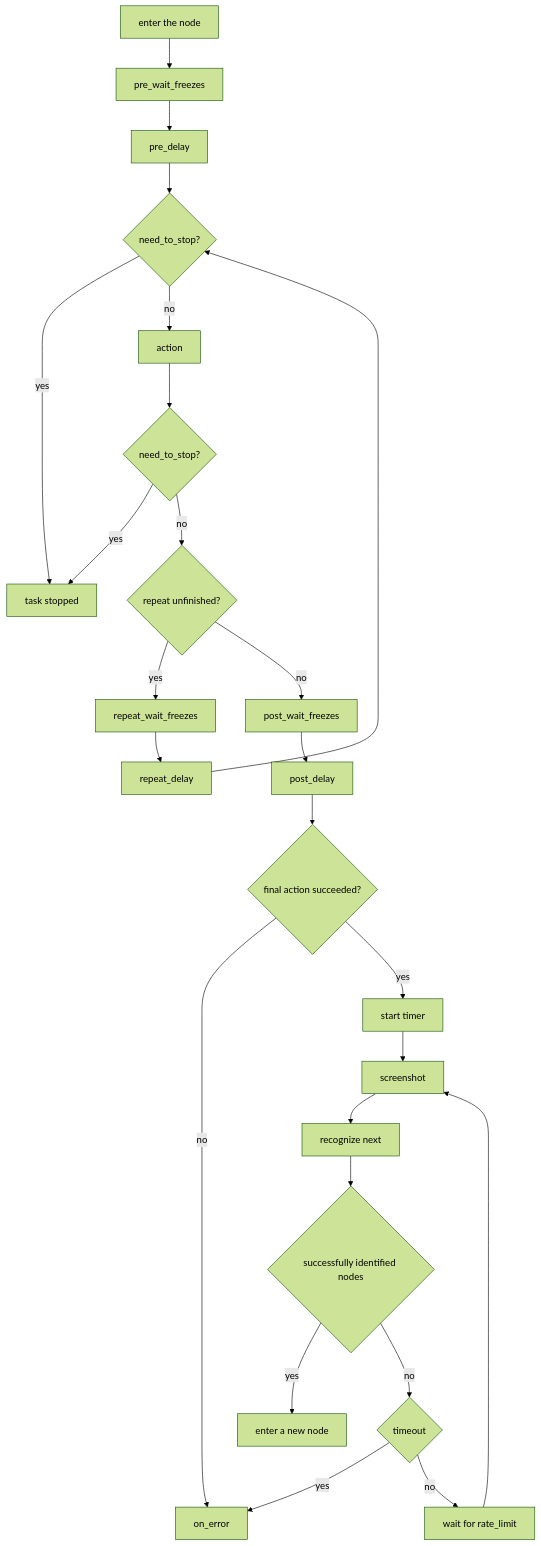
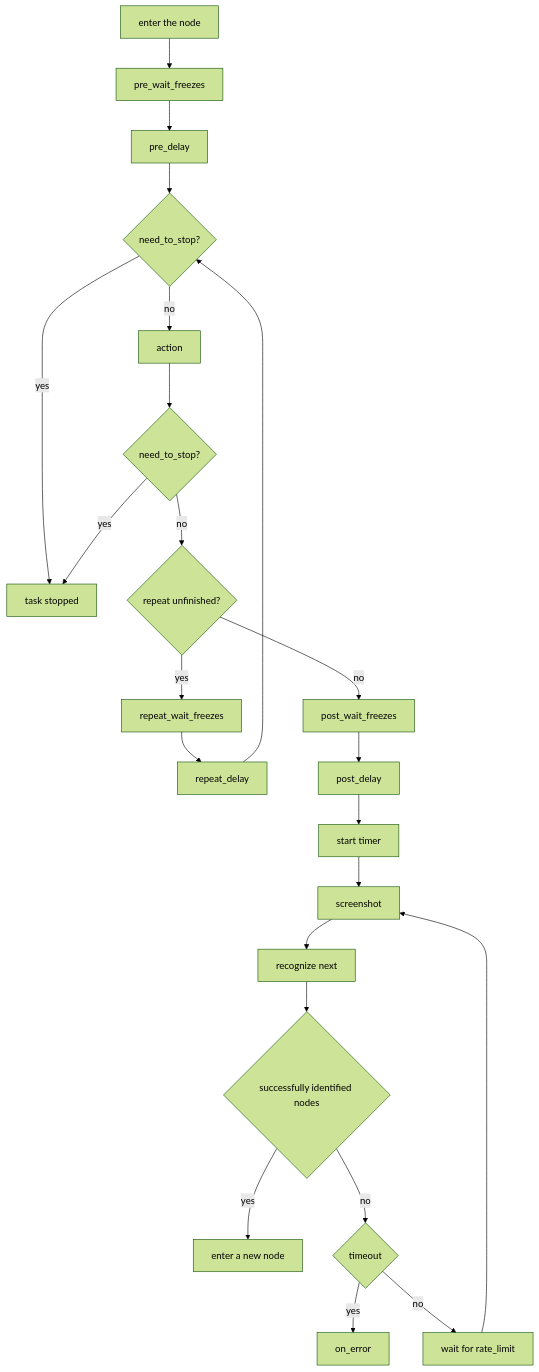
The fourth of 5 diagrams in docs/en_us/3.1-PipelineProtocol.md (MaaXYZ/MaaFramework), drawn with Mermaid (forest theme) before and after one commit. The commit also changed other lines of this file and 1 other file, not shown here.

````diff
--- a/docs/en_us/3.1-PipelineProtocol.md
+++ b/docs/en_us/3.1-PipelineProtocol.md
@@ -297,27 +297,25 @@
 ```mermaid
     graph TB
         A[enter the node] --> B[pre_wait_freezes]
         B --> C[pre_delay]
         C --> S0{need_to_stop?}
         S0 -->|yes| T[task stopped]
         S0 -->|no| D[action]
         D --> S{need_to_stop?}
         S -->|yes| T
         S -->|no| M{repeat unfinished?}
         M -->|yes| N[repeat_wait_freezes]
         N --> O[repeat_delay]
         O --> S0
         M -->|no| E[post_wait_freezes]
         E --> F[post_delay]
-        F --> R{final action succeeded?}
-        R -->|no| K[on_error]
-        R -->|yes| Q[start timer]
+        F --> Q[start timer]
         Q --> P[screenshot]
         P --> G[recognize next]
         G --> H{successfully identified nodes}
         H -->|yes| I[enter a new node]
         H -->|no| J{timeout}
         J -->|yes| K[on_error]
         J -->|no| L[wait for rate_limit]
         L --> P
 ```
````
